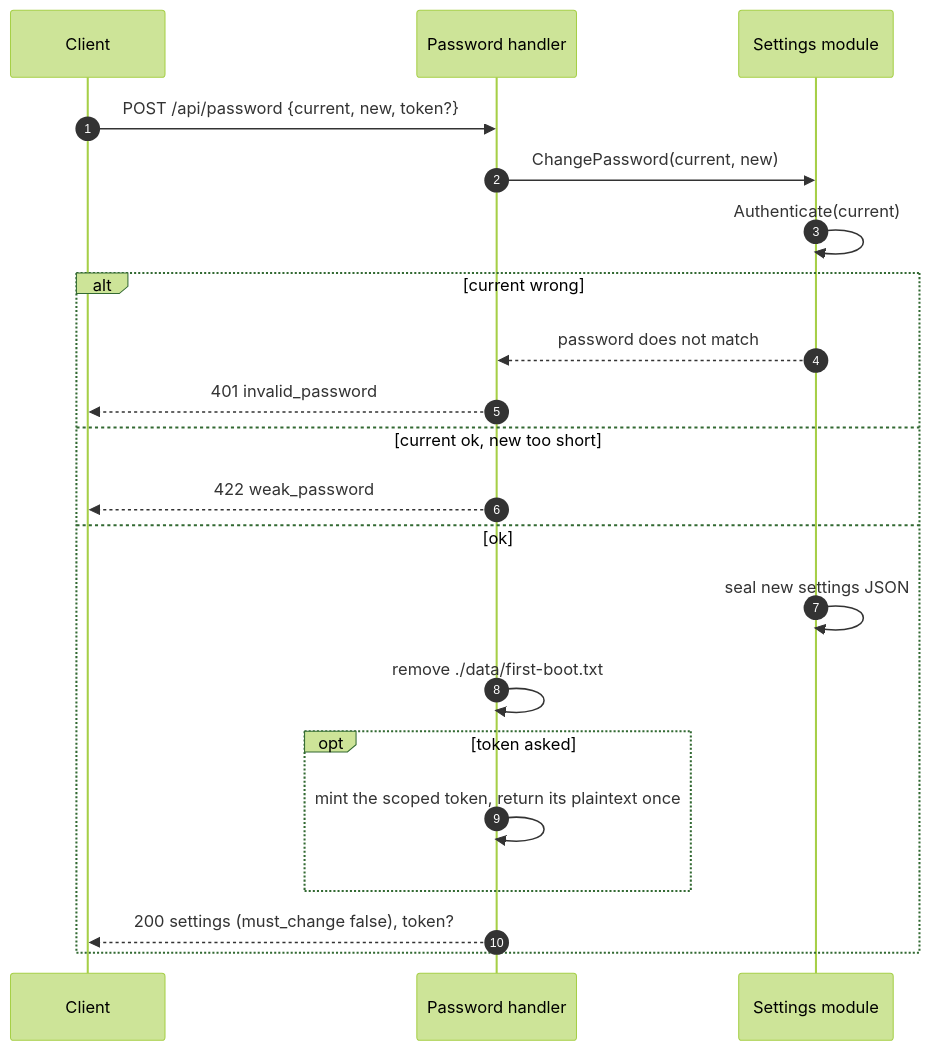
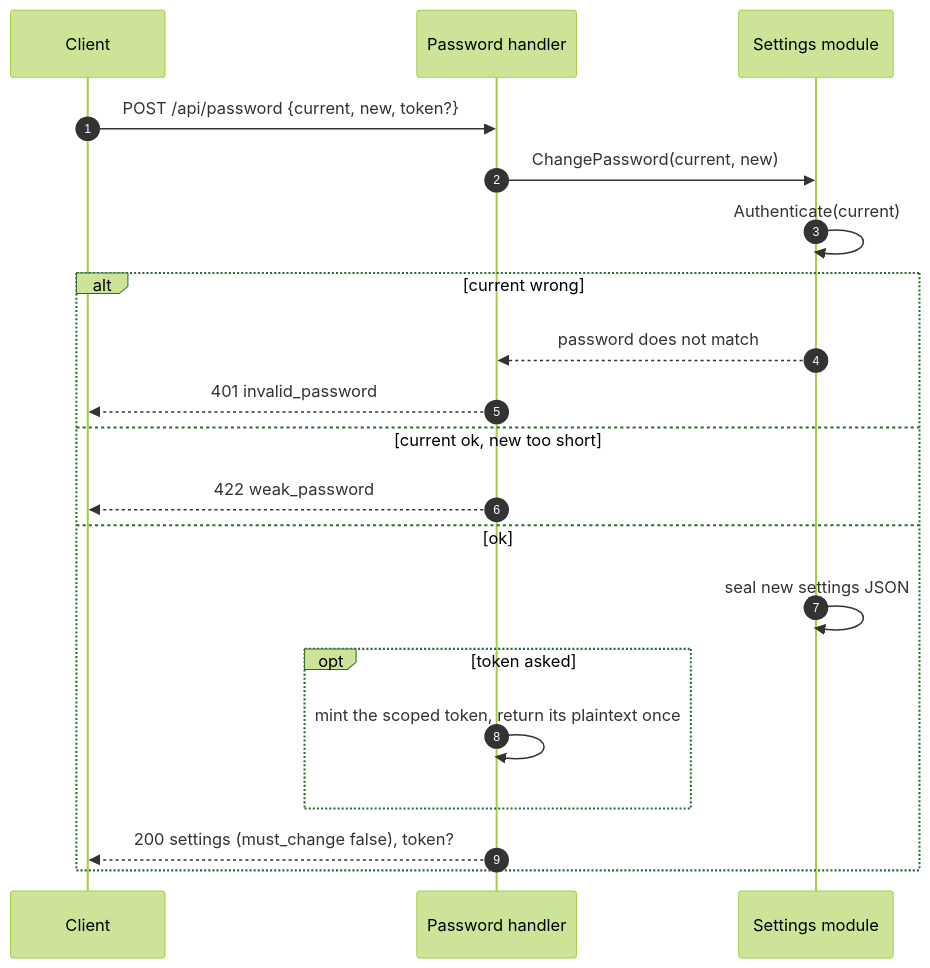
One commit to dimasbaguspm/spenicle changed the diagram in docs/endpoints/POST_api_password.md. Above: the diagram before and after it, drawn with Mermaid (forest theme). The commit also changed other lines of this file and 66 other files, not shown here.

````diff
--- a/docs/endpoints/POST_api_password.md
+++ b/docs/endpoints/POST_api_password.md
@@ -62,23 +60,22 @@
 ```mermaid
 sequenceDiagram
     autonumber
     participant UI as Client
     participant H as Password handler
     participant S as Settings module
     UI->>H: POST /api/password {current, new, token?}
     H->>S: ChangePassword(current, new)
     S->>S: Authenticate(current)
     alt current wrong
         S-->>H: password does not match
         H-->>UI: 401 invalid_password
     else current ok, new too short
         H-->>UI: 422 weak_password
     else ok
         S->>S: seal new settings JSON
-        H->>H: remove ./data/first-boot.txt
         opt token asked
             H->>H: mint the scoped token, return its plaintext once
         end
         H-->>UI: 200 settings (must_change false), token?
     end
 ```
````
